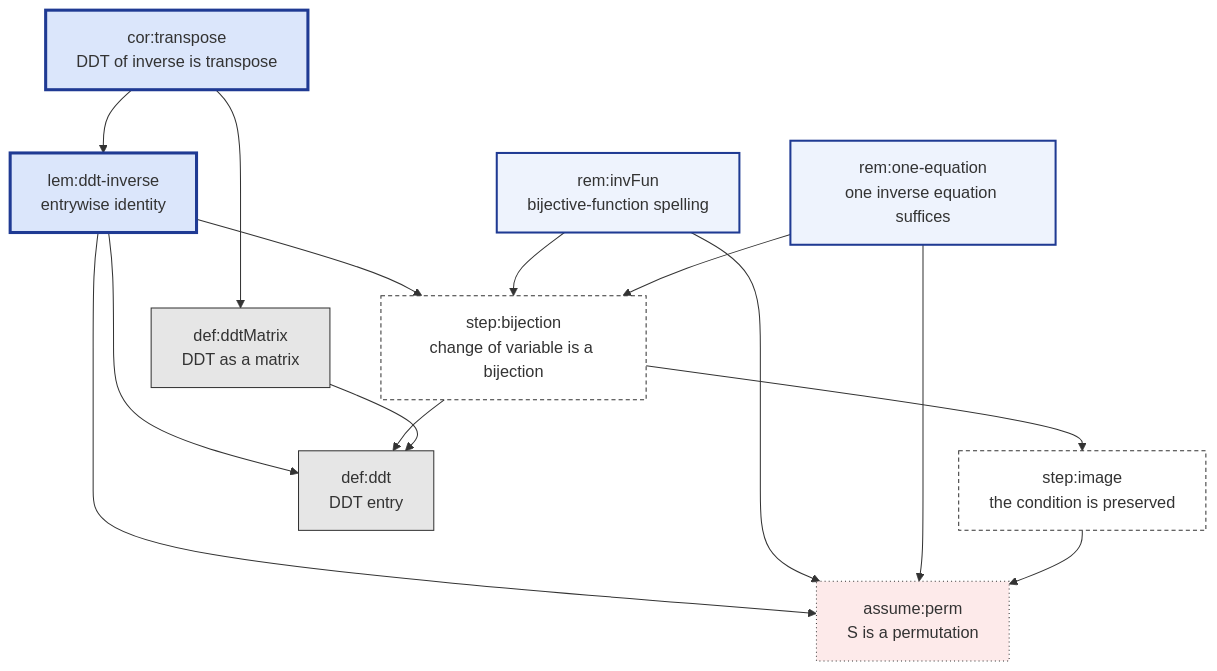
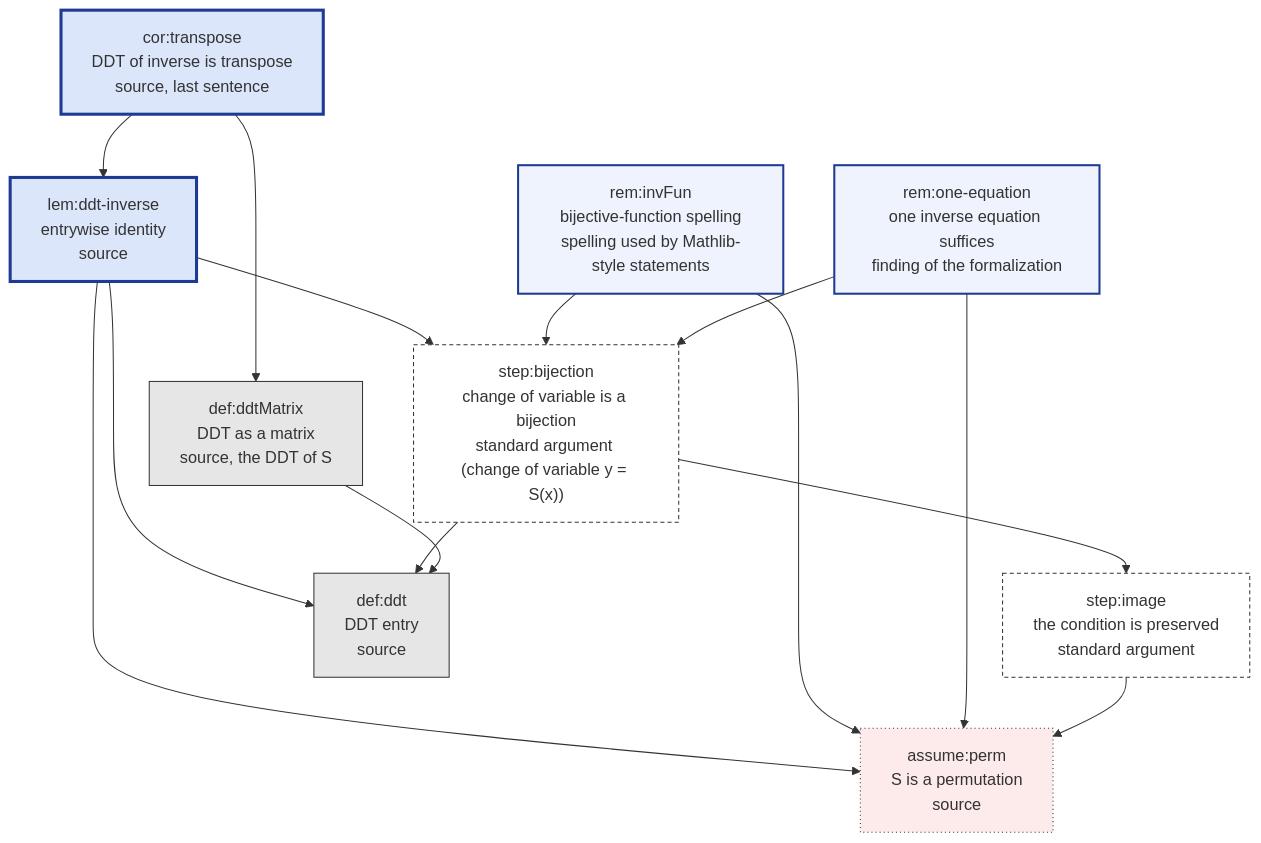
The diagram in assets/examples/DdtInverse/CHAIN.md (hukaisdu/cipherlean), drawn with Mermaid before and after one commit. The commit also changed 10 other files, not shown here.

````diff
--- a/assets/examples/DdtInverse/CHAIN.md
+++ b/assets/examples/DdtInverse/CHAIN.md
@@ -45,35 +45,35 @@
 ```mermaid
 graph TD
-  cortranspose["cor:transpose<br/>DDT of inverse is transpose"]
-  lemddtinverse["lem:ddt-inverse<br/>entrywise identity"]
-  reminvFun["rem:invFun<br/>bijective-function spelling"]
-  remoneequation["rem:one-equation<br/>one inverse equation suffices"]
-  stepbijection["step:bijection<br/>change of variable is a bijection"]
-  stepimage["step:image<br/>the condition is preserved"]
-  defddt["def:ddt<br/>DDT entry"]
-  defddtMatrix["def:ddtMatrix<br/>DDT as a matrix"]
-  assumeperm["assume:perm<br/>S is a permutation"]
+  cortranspose["cor:transpose<br/>DDT of inverse is transpose<br/>source, last sentence"]
+  lemddtinverse["lem:ddt-inverse<br/>entrywise identity<br/>source"]
+  reminvFun["rem:invFun<br/>bijective-function spelling<br/>spelling used by Mathlib-style statements"]
+  remoneequation["rem:one-equation<br/>one inverse equation suffices<br/>finding of the formalization"]
+  stepbijection["step:bijection<br/>change of variable is a bijection<br/>standard argument (change of variable y = S(x))"]
+  stepimage["step:image<br/>the condition is preserved<br/>standard argument"]
+  defddt["def:ddt<br/>DDT entry<br/>source"]
+  defddtMatrix["def:ddtMatrix<br/>DDT as a matrix<br/>source, "the DDT of S""]
+  assumeperm["assume:perm<br/>S is a permutation<br/>source"]
   cortranspose --> lemddtinverse
   cortranspose --> defddtMatrix
   lemddtinverse --> stepbijection
   lemddtinverse --> defddt
   lemddtinverse --> assumeperm
   reminvFun --> stepbijection
   reminvFun --> assumeperm
   remoneequation --> stepbijection
   remoneequation --> assumeperm
   stepbijection --> stepimage
   stepbijection --> defddt
   stepimage --> assumeperm
   defddtMatrix --> defddt
   classDef theorem fill:#dbe6fb,stroke:#1f3a93,stroke-width:3px
   class cortranspose,lemddtinverse theorem
   classDef lemma fill:#eef3fd,stroke:#1f3a93,stroke-width:2px
   class reminvFun,remoneequation lemma
   classDef step fill:#ffffff,stroke:#333,stroke-dasharray:4 3
   class stepbijection,stepimage step
   classDef def fill:#e6e6e6,stroke:#333
   class defddt,defddtMatrix def
   classDef assumption fill:#fdeaea,stroke:#333,stroke-dasharray:1 3
   class assumeperm assumption
 ```
````
